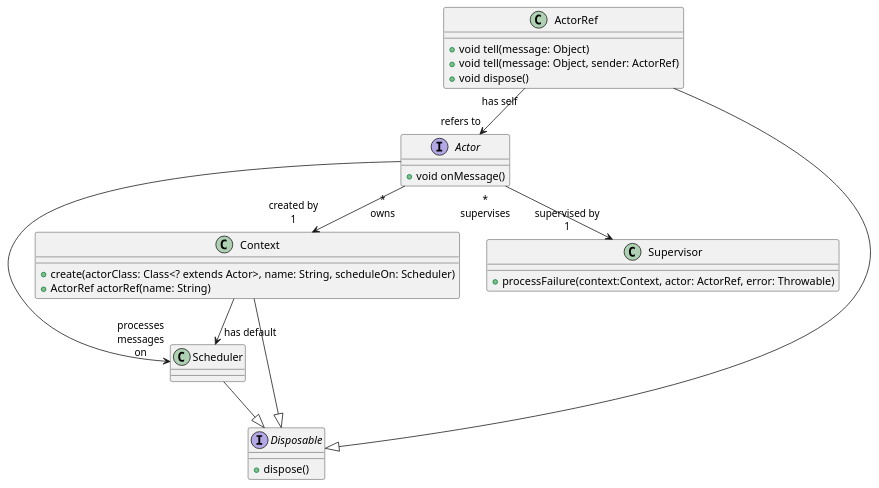
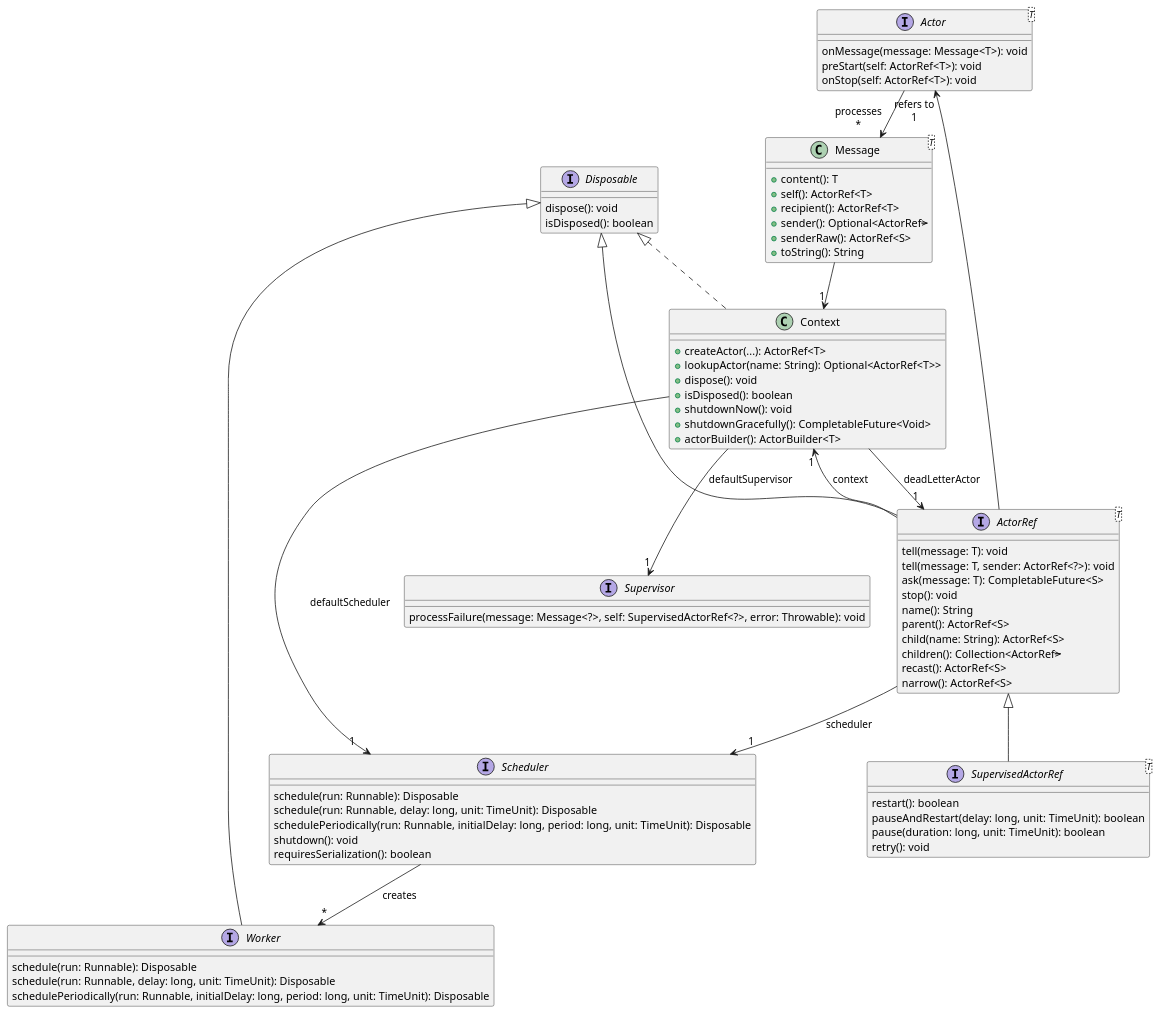
Before and after one commit to davidmoten/reels: the diagram in src/main/plantuml/class-diagram.puml, drawn with PlantUML. The commit also changed 2 other files, not shown here.

```diff
--- a/src/main/plantuml/class-diagram.puml
+++ b/src/main/plantuml/class-diagram.puml
@@ -1,39 +1,77 @@
 @startuml
+interface "Actor<T>" as Actor_T_ [[java:com.github.davidmoten.reels.Actor]] {
+    onMessage(message: Message<T>): void
+    preStart(self: ActorRef<T>): void
+    onStop(self: ActorRef<T>): void
+}
+interface "ActorRef<T>" as ActorRef_T_ [[java:com.github.davidmoten.reels.ActorRef]] {
+    tell(message: T): void
+    tell(message: T, sender: ActorRef<?>): void
+    ask(message: T): CompletableFuture<S>
+    stop(): void
+    name(): String
+    parent(): ActorRef<S>
+    child(name: String): ActorRef<S>
+    children(): Collection<ActorRef<S>>
+    recast(): ActorRef<S>
+    narrow(): ActorRef<S>
+}
+ActorRef_T_ --> "1" Context : context
+ActorRef_T_ --> "1" Scheduler : scheduler
+Disposable <|-- ActorRef_T_
+class Context [[java:com.github.davidmoten.reels.Context]] {
+    +createActor(...): ActorRef<T>
+    +lookupActor(name: String): Optional<ActorRef<T>>
+    +dispose(): void
+    +isDisposed(): boolean
+    +shutdownNow(): void
+    +shutdownGracefully(): CompletableFuture<Void>
+    +actorBuilder(): ActorBuilder<T>
+}
+Context --> "1" Supervisor : defaultSupervisor
+Context --> "1" Scheduler : defaultScheduler
+Context --> "1" ActorRef_T_ : deadLetterActor
+Disposable <|.. Context
 
-class ActorRef {
-  +void tell(message: Object)
-  +void tell(message: Object, sender: ActorRef)
-  +void dispose()
+interface Disposable [[java:com.github.davidmoten.reels.Disposable]] {
+    dispose(): void
+    isDisposed(): boolean
 }
+class "Message<T>" as Message_T_ [[java:com.github.davidmoten.reels.Message]] {
+    +content(): T
+    +self(): ActorRef<T>
+    +recipient(): ActorRef<T>
+    +sender(): Optional<ActorRef<S>>
+    +senderRaw(): ActorRef<S>
+    +toString(): String
+}
+Message_T_ --> "1" Context
+interface Scheduler [[java:com.github.davidmoten.reels.Scheduler]] {
+    schedule(run: Runnable): Disposable
+    schedule(run: Runnable, delay: long, unit: TimeUnit): Disposable
+    schedulePeriodically(run: Runnable, initialDelay: long, period: long, unit: TimeUnit): Disposable
+    shutdown(): void
+    requiresSerialization(): boolean
+}
+Scheduler --> "*" Worker : creates
 
-interface Actor {
-  +void onMessage()
+interface "SupervisedActorRef<T>" as SupervisedActorRef_T_ [[java:com.github.davidmoten.reels.SupervisedActorRef]] {
+    restart(): boolean
+    pauseAndRestart(delay: long, unit: TimeUnit): boolean
+    pause(duration: long, unit: TimeUnit): boolean
+    retry(): void
 }
+ActorRef_T_ <|-- SupervisedActorRef_T_
 
-class Context {
-  +create(actorClass: Class<? extends Actor>, name: String, scheduleOn: Scheduler)
-  +ActorRef actorRef(name: String)
+interface Supervisor [[java:com.github.davidmoten.reels.Supervisor]] {
+    processFailure(message: Message<?>, self: SupervisedActorRef<?>, error: Throwable): void
 }
-
-class Scheduler {
-
+interface Worker [[java:com.github.davidmoten.reels.Worker]] {
+    schedule(run: Runnable): Disposable
+    schedule(run: Runnable, delay: long, unit: TimeUnit): Disposable
+    schedulePeriodically(run: Runnable, initialDelay: long, period: long, unit: TimeUnit): Disposable
 }
-
-class Supervisor {
-  +processFailure(context:Context, actor: ActorRef, error: Throwable)
-}
-
-interface Disposable {
-  +dispose()
-}
-
-ActorRef "has self" --> "refers to" Actor
-Actor --> "processes\nmessages\non" Scheduler
-Actor "*\nsupervises" --> "supervised by\n1" Supervisor
-Actor "*\nowns" --> "created by\n1" Context
-Context --> "has default" Scheduler
-ActorRef --|> Disposable
-Scheduler --|> Disposable
-Context --|> Disposable
-
+Disposable <|-- Worker
+Actor_T_ --> "processes\n*" Message_T_
+ActorRef_T_ --> "refers to\n1" Actor_T_
 @enduml
```
